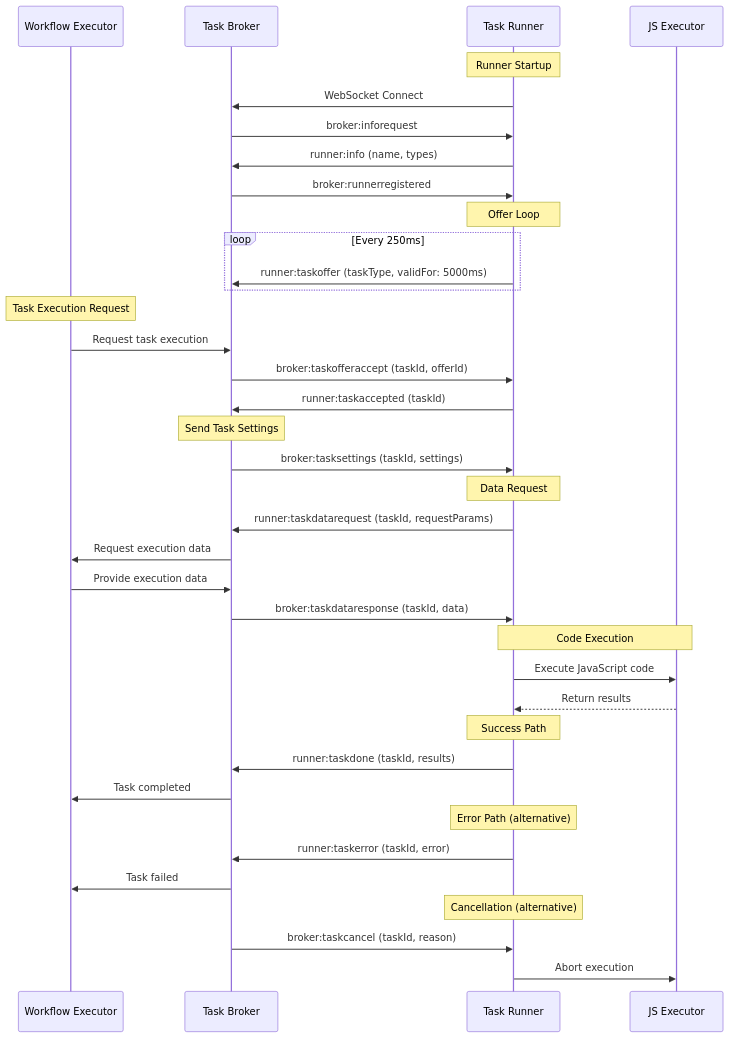
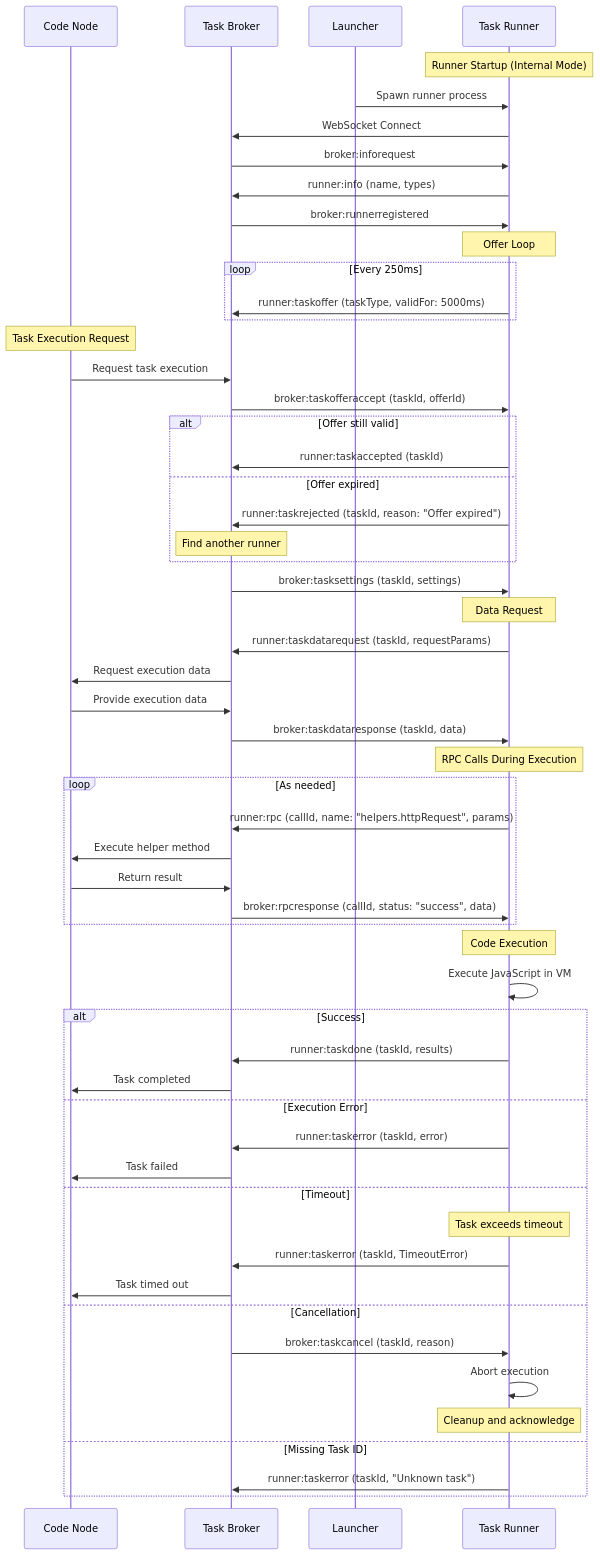
Before and after one commit to haroldlucero/n8n: the second of 2 diagrams in packages/@n8n/task-runner/README.md, drawn with Mermaid. The commit also changed other lines of this file, not shown here.

Commit message:
wip: update task-runner readme graph

````diff
--- a/packages/@n8n/task-runner/README.md
+++ b/packages/@n8n/task-runner/README.md
@@ -83,48 +90,67 @@
 ```mermaid
 sequenceDiagram
-    participant WF as Workflow Executor
+    participant CN as Code Node
     participant TB as Task Broker
+    participant L as Launcher
     participant TR as Task Runner
-    participant JS as JS Executor
 
-    Note over TR: Runner Startup
+    Note over TR: Runner Startup (Internal Mode)
+    L->>TR: Spawn runner process
     TR->>TB: WebSocket Connect
     TB->>TR: broker:inforequest
     TR->>TB: runner:info (name, types)
     TB->>TR: broker:runnerregistered
     
     Note over TR: Offer Loop
     loop Every 250ms
         TR->>TB: runner:taskoffer (taskType, validFor: 5000ms)
     end
     
-    Note over WF: Task Execution Request
-    WF->>TB: Request task execution
+    Note over CN: Task Execution Request
+    CN->>TB: Request task execution
     TB->>TR: broker:taskofferaccept (taskId, offerId)
-    TR->>TB: runner:taskaccepted (taskId)
     
-    Note over TB: Send Task Settings
+    alt Offer still valid
+        TR->>TB: runner:taskaccepted (taskId)
+    else Offer expired
+        TR->>TB: runner:taskrejected (taskId, reason: "Offer expired")
+        Note over TB: Find another runner
+    end
+    
     TB->>TR: broker:tasksettings (taskId, settings)
     
     Note over TR: Data Request
     TR->>TB: runner:taskdatarequest (taskId, requestParams)
-    TB->>WF: Request execution data
-    WF->>TB: Provide execution data
+    TB->>CN: Request execution data
+    CN->>TB: Provide execution data
     TB->>TR: broker:taskdataresponse (taskId, data)
     
-    Note over TR,JS: Code Execution
-    TR->>JS: Execute JavaScript code
-    JS-->>TR: Return results
+    Note over TR: RPC Calls During Execution
+    loop As needed
+        TR->>TB: runner:rpc (callId, name: "helpers.httpRequest", params)
+        TB->>CN: Execute helper method
+        CN->>TB: Return result
+        TB->>TR: broker:rpcresponse (callId, status: "success", data)
+    end
     
-    Note over TR: Success Path
-    TR->>TB: runner:taskdone (taskId, results)
-    TB->>WF: Task completed
+    Note over TR: Code Execution
+    TR->>TR: Execute JavaScript in VM
     
-    Note over TR: Error Path (alternative)
-    TR->>TB: runner:taskerror (taskId, error)
-    TB->>WF: Task failed
-    
-    Note over TR: Cancellation (alternative)
-    TB->>TR: broker:taskcancel (taskId, reason)
-    TR->>JS: Abort execution
+    alt Success
+        TR->>TB: runner:taskdone (taskId, results)
+        TB->>CN: Task completed
+    else Execution Error
+        TR->>TB: runner:taskerror (taskId, error)
+        TB->>CN: Task failed
+    else Timeout
+        Note over TR: Task exceeds timeout
+        TR->>TB: runner:taskerror (taskId, TimeoutError)
+        TB->>CN: Task timed out
+    else Cancellation
+        TB->>TR: broker:taskcancel (taskId, reason)
+        TR->>TR: Abort execution
+        Note over TR: Cleanup and acknowledge
+    else Missing Task ID
+        TR->>TB: runner:taskerror (taskId, "Unknown task")
+    end
 ```
````
